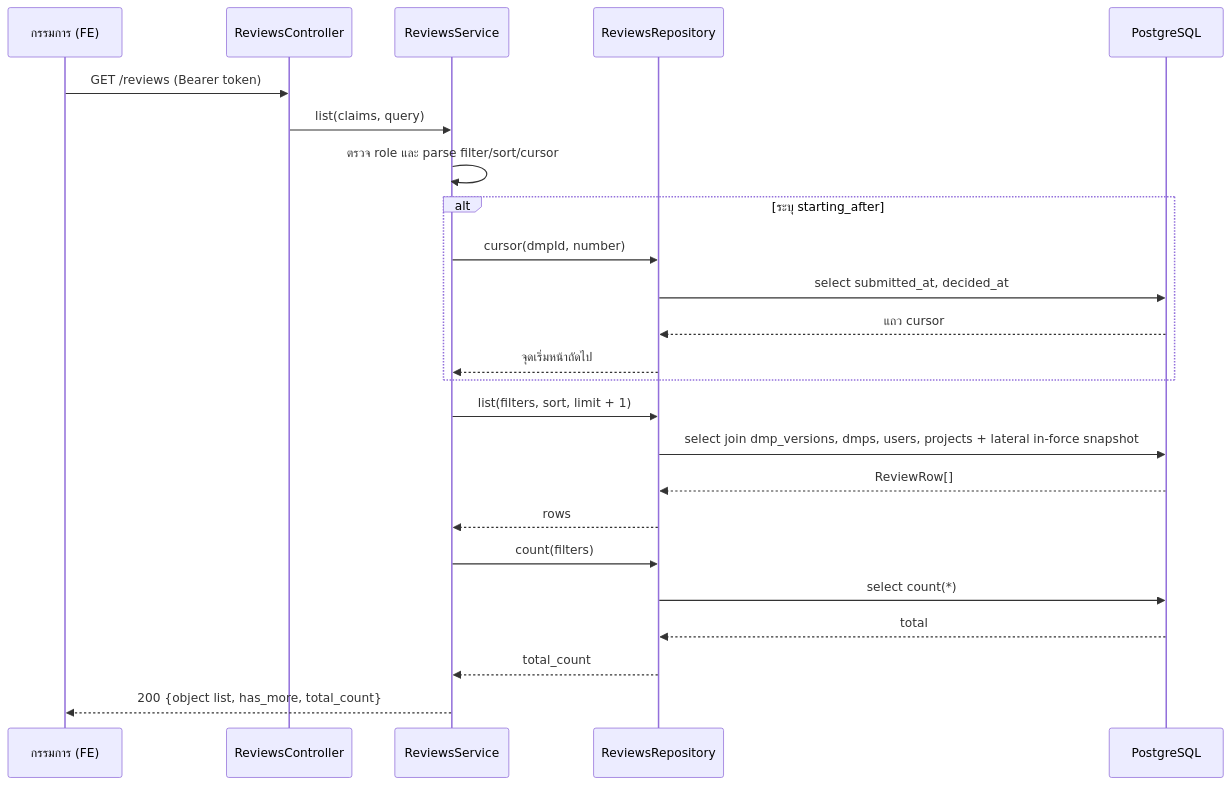
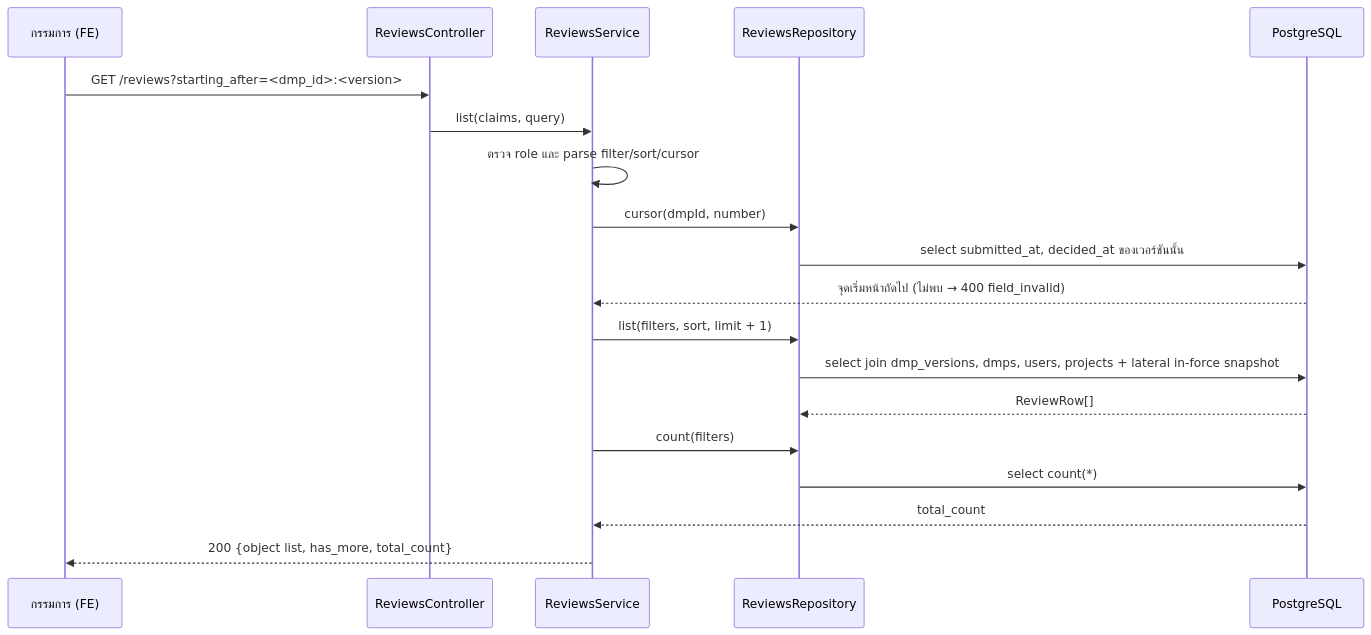
Before and after one commit to Open-Science-and-Data-management/Backend: the second of 3 diagrams in src/features/reviews/README.md, drawn with Mermaid. The commit also changed other lines of this file and 20 other files, not shown here.

````diff
--- a/src/features/reviews/README.md
+++ b/src/features/reviews/README.md
@@ -113,26 +202,21 @@
 ```mermaid
 sequenceDiagram
     participant FE as กรรมการ (FE)
     participant C as ReviewsController
     participant S as ReviewsService
     participant R as ReviewsRepository
     participant DB as PostgreSQL
-    FE->>C: GET /reviews (Bearer token)
+    FE->>C: GET /reviews?starting_after=<dmp_id>:<version>
     C->>S: list(claims, query)
     S->>S: ตรวจ role และ parse filter/sort/cursor
-    alt ระบุ starting_after
-        S->>R: cursor(dmpId, number)
-        R->>DB: select submitted_at, decided_at
-        DB-->>R: แถว cursor
-        R-->>S: จุดเริ่มหน้าถัดไป
-    end
+    S->>R: cursor(dmpId, number)
+    R->>DB: select submitted_at, decided_at ของเวอร์ชันนั้น
+    DB-->>S: จุดเริ่มหน้าถัดไป (ไม่พบ → 400 field_invalid)
     S->>R: list(filters, sort, limit + 1)
     R->>DB: select join dmp_versions, dmps, users, projects + lateral in-force snapshot
     DB-->>R: ReviewRow[]
-    R-->>S: rows
     S->>R: count(filters)
     R->>DB: select count(*)
-    DB-->>R: total
-    R-->>S: total_count
+    DB-->>S: total_count
     S-->>FE: 200 {object list, has_more, total_count}
 ```
````
